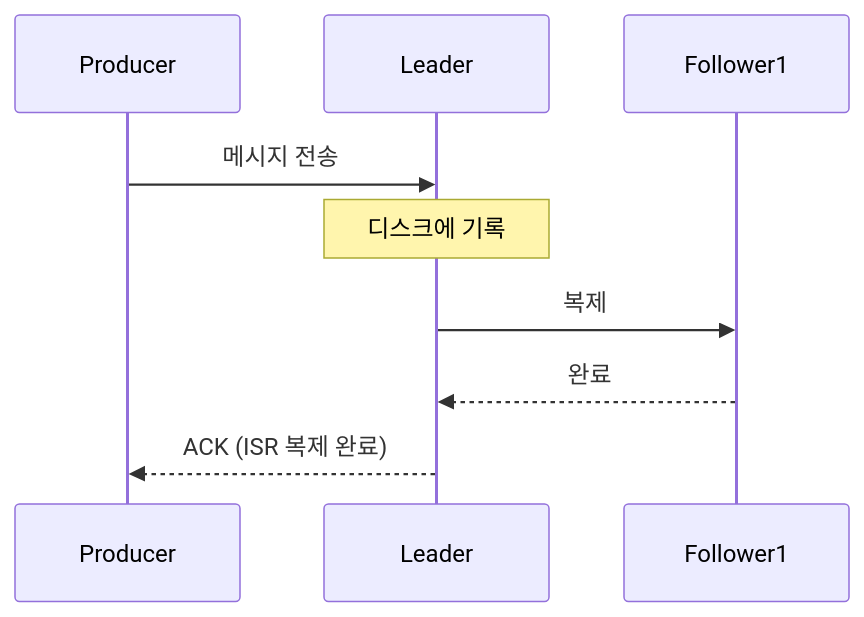
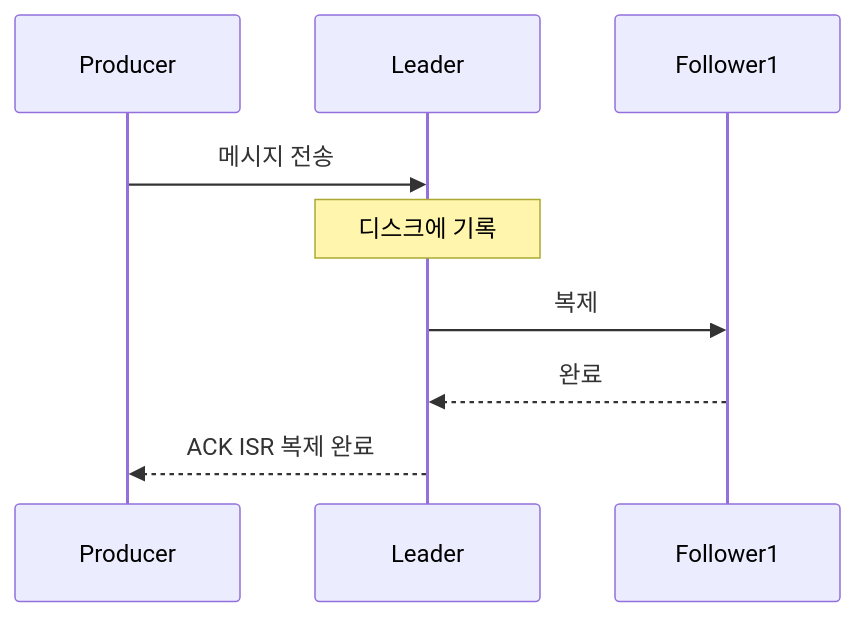
Diagram 16 of 17 in _posts/kafka/2026-05-01-kafka-fundamentals.md (yjkim2015/yjkim2015.github.io), drawn with Mermaid before and after one commit. The commit also changed other lines of this file and 85 other files, not shown here.

First line of the commit message:
sequenceDiagram 문법 에러 2차 수정 169개 (86파일)

````diff
--- a/_posts/kafka/2026-05-01-kafka-fundamentals.md
+++ b/_posts/kafka/2026-05-01-kafka-fundamentals.md
@@ -481,11 +481,11 @@
 ```mermaid
 sequenceDiagram
     participant P as Producer
     participant L as Leader
     participant F1 as Follower1
     P->>L: 메시지 전송
     Note over L: 디스크에 기록
     L->>F1: 복제
     F1-->>L: 완료
-    L-->>P: ACK (ISR 복제 완료)
+    L-->>P: ACK ISR 복제 완료
 ```
````
